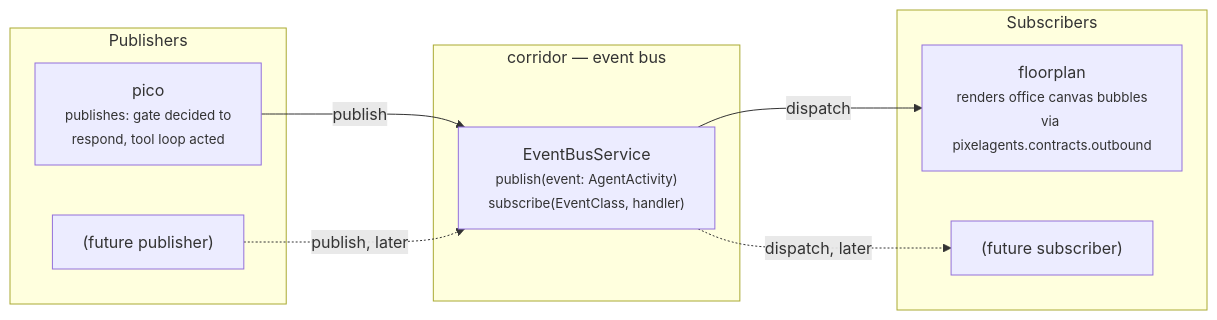
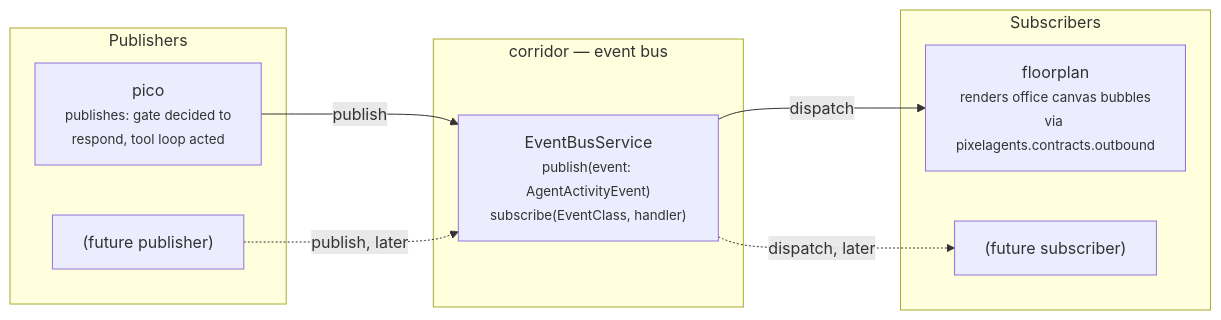
One commit to pixel-agents-hq/pixel-agents-cogs changed the second of 7 diagrams in docs/corridor-pubsub-design.md. Above: the diagram before and after it, drawn with Mermaid. The commit also changed other lines of this file and 54 other files, not shown here.

First line of the commit message:
feat(corridor,floorplan): implement Event Bus PubSub, rewire floorplan presence/messages (#42)

````diff
--- a/docs/corridor-pubsub-design.md
+++ b/docs/corridor-pubsub-design.md
@@ -179,21 +188,21 @@
 ```mermaid
 flowchart LR
     subgraph Publishers["Publishers"]
         pico["pico<br/><small>publishes: gate decided to<br/>respond, tool loop acted</small>"]
         pub_future["(future publisher)"]
     end
 
     subgraph corridor_bus["corridor — event bus"]
-        bus["EventBusService<br/><small>publish(event: AgentActivity)<br/>subscribe(EventClass, handler)</small>"]
+        bus["EventBusService<br/><small>publish(event: AgentActivityEvent)<br/>subscribe(EventClass, handler)</small>"]
     end
 
     subgraph Subscribers["Subscribers"]
         floorplan["floorplan<br/><small>renders office canvas bubbles<br/>via pixelagents.contracts.outbound</small>"]
         sub_future["(future subscriber)"]
     end
 
     pico -->|publish| bus
     pub_future -.->|publish, later| bus
     bus -->|dispatch| floorplan
     bus -.->|dispatch, later| sub_future
 ```
````
